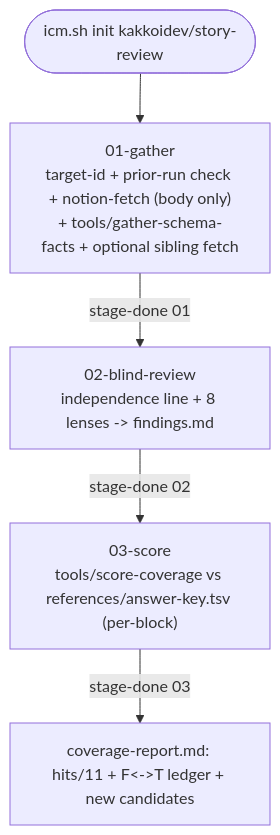
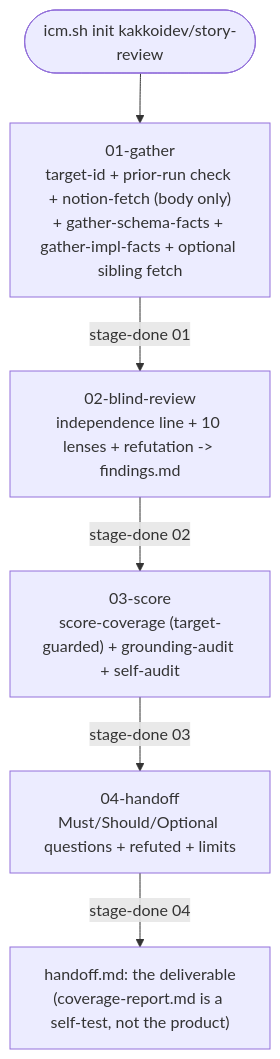
Before and after one commit to KakkoiDev/icm-runtime: the diagram in skills/kakkoidev/story-review/SKILL.md, drawn with Mermaid. The commit also changed other lines of this file and 16 other files, not shown here.

First line of the commit message:
feat(story-review): target-guarded scoring, impl-facts, refutation, handoff stage

````diff
--- a/skills/kakkoidev/story-review/SKILL.md
+++ b/skills/kakkoidev/story-review/SKILL.md
@@ -82,7 +119,8 @@
 ```mermaid
 flowchart TD
-    I(["icm.sh init kakkoidev/story-review"]) --> S1["01-gather<br>target-id + prior-run check + notion-fetch (body only)<br>+ tools/gather-schema-facts + optional sibling fetch"]
-    S1 -->|"stage-done 01"| S2["02-blind-review<br>independence line + 8 lenses -> findings.md"]
-    S2 -->|"stage-done 02"| S3["03-score<br>tools/score-coverage vs references/answer-key.tsv (per-block)"]
-    S3 -->|"stage-done 03"| F["coverage-report.md: hits/11 + F<->T ledger + new candidates"]
+    I(["icm.sh init kakkoidev/story-review"]) --> S1["01-gather<br>target-id + prior-run check + notion-fetch (body only)<br>+ gather-schema-facts + gather-impl-facts + optional sibling fetch"]
+    S1 -->|"stage-done 01"| S2["02-blind-review<br>independence line + 10 lenses + refutation -> findings.md"]
+    S2 -->|"stage-done 02"| S3["03-score<br>score-coverage (target-guarded) + grounding-audit + self-audit"]
+    S3 -->|"stage-done 03"| S4["04-handoff<br>Must/Should/Optional questions + refuted + limits"]
+    S4 -->|"stage-done 04"| F["handoff.md: the deliverable<br>(coverage-report.md is a self-test, not the product)"]
 ```
````
